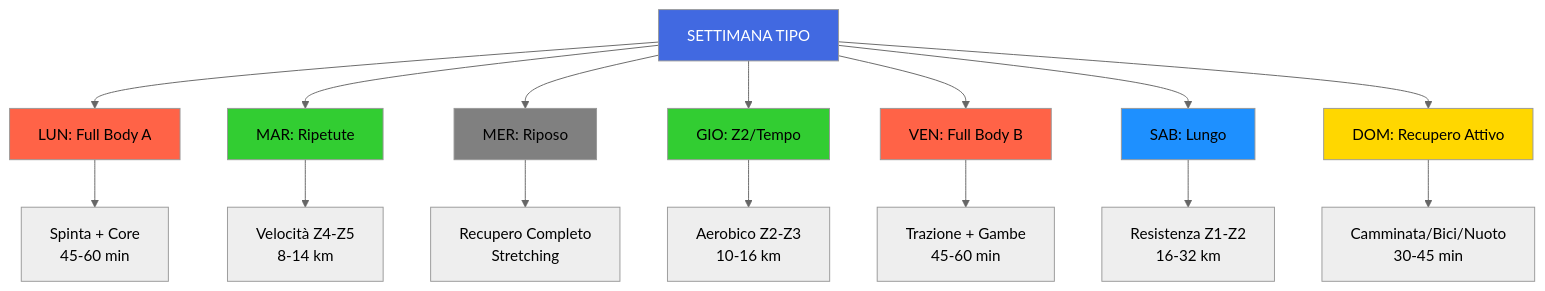
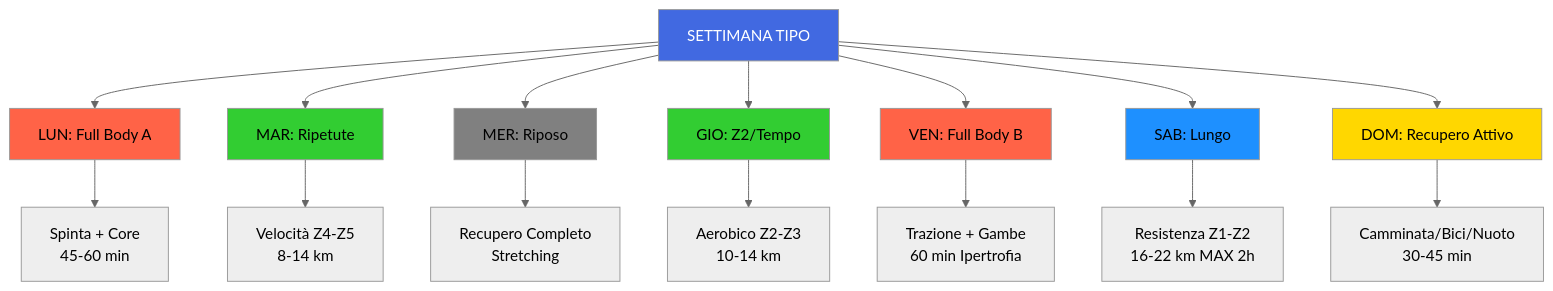
Before and after one commit to negativebrain/PianoAllenamento: the third of 11 diagrams in Diagramma_Periodizzazione.md, drawn with Mermaid (neutral theme). The commit also changed other lines of this file and 3 other files, not shown here.

````diff
--- a/Diagramma_Periodizzazione.md
+++ b/Diagramma_Periodizzazione.md
@@ -50,27 +51,27 @@
 ```mermaid
 graph TD
     A[SETTIMANA TIPO] --> B[LUN: Full Body A]
     A --> C[MAR: Ripetute]
     A --> D[MER: Riposo]
     A --> E[GIO: Z2/Tempo]
     A --> F[VEN: Full Body B]
     A --> G[SAB: Lungo]
     A --> H[DOM: Recupero Attivo]
     
     B --> B1[Spinta + Core<br/>45-60 min]
     C --> C1[Velocità Z4-Z5<br/>8-14 km]
     D --> D1[Recupero Completo<br/>Stretching]
-    E --> E1[Aerobico Z2-Z3<br/>10-16 km]
-    F --> F1[Trazione + Gambe<br/>45-60 min]
-    G --> G1[Resistenza Z1-Z2<br/>16-32 km]
+    E --> E1[Aerobico Z2-Z3<br/>10-14 km]
+    F --> F1[Trazione + Gambe<br/>60 min Ipertrofia]
+    G --> G1[Resistenza Z1-Z2<br/>16-22 km MAX 2h]
     H --> H1[Camminata/Bici/Nuoto<br/>30-45 min]
     
     style A fill:#4169E1,color:#fff
     style B fill:#FF6347
     style C fill:#32CD32
     style D fill:#808080
     style E fill:#32CD32
     style F fill:#FF6347
     style G fill:#1E90FF
     style H fill:#FFD700
 ```
````
